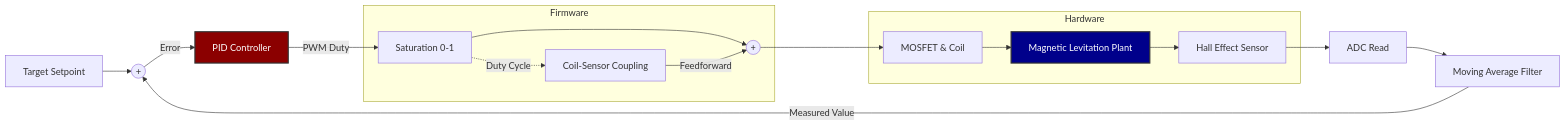
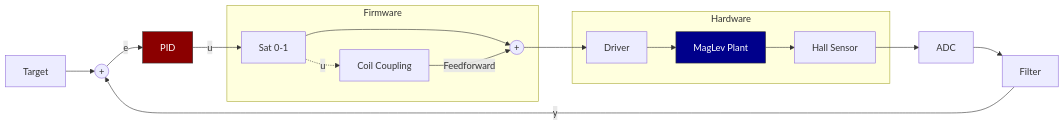
One commit to michele-bisignano/Aether-Lock changed the diagram in Docs/Theory/Mathematical_Model.md. Above: the diagram before and after it, drawn with Mermaid. The commit also changed other lines of this file and 4 other files, not shown here.

````diff
--- a/Docs/Theory/Mathematical_Model.md
+++ b/Docs/Theory/Mathematical_Model.md
@@ -131,27 +76,25 @@
 ```mermaid
 graph LR
-    R[Target Setpoint] --> Sum((+))
-    Sum --> |Error| PID[PID Controller]
-    PID --> |PWM Duty| Sat[Saturation 0-1]
+    R[Target] --> Sum((+))
+    Sum --> |e| PID[PID]
+    PID --> |u| Sat[Sat 0-1]
     
     subgraph Firmware
     Sat --> FF_Sum((+))
-    FF[Coil-Sensor Coupling] --> |Feedforward| FF_Sum
+    FF[Coil Coupling] --> |Feedforward| FF_Sum
     end
     
     subgraph Hardware
-    FF_Sum --> Driver[MOSFET & Coil]
-    Driver --> Plant[Magnetic Levitation Plant]
-    Plant --> Sensor[Hall Effect Sensor]
+    FF_Sum --> Driver[Driver]
+    Driver --> Plant[MagLev Plant]
+    Plant --> Sensor[Hall Sensor]
     end
     
-    Sensor --> ADC[ADC Read]
-    ADC --> Filter[Moving Average Filter]
-    Filter --> |Measured Value| Sum
+    Sensor --> ADC[ADC]
+    ADC --> Filter[Filter]
+    Filter --> |y| Sum
+    Sat -.-> |u| FF
     
-    Sat -.-> |Duty Cycle| FF
-    
-    %% Colori scuri con testo bianco per leggibilità
-    style PID fill:#8B0000,stroke:#333,stroke-width:2px,color:#fff
-    style Plant fill:#00008B,stroke:#333,stroke-width:2px,color:#fff
+    style PID fill:#8B0000,stroke:#333,color:#fff
+    style Plant fill:#00008B,stroke:#333,color:#fff
 ```
````
